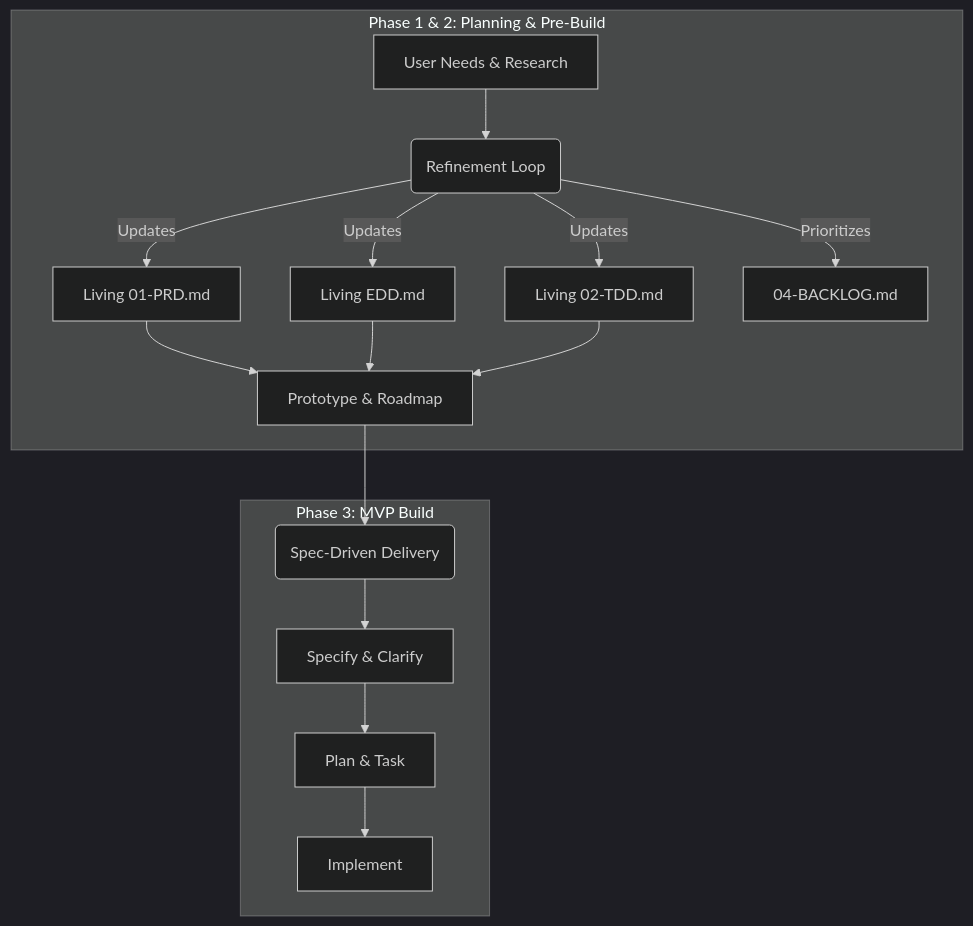
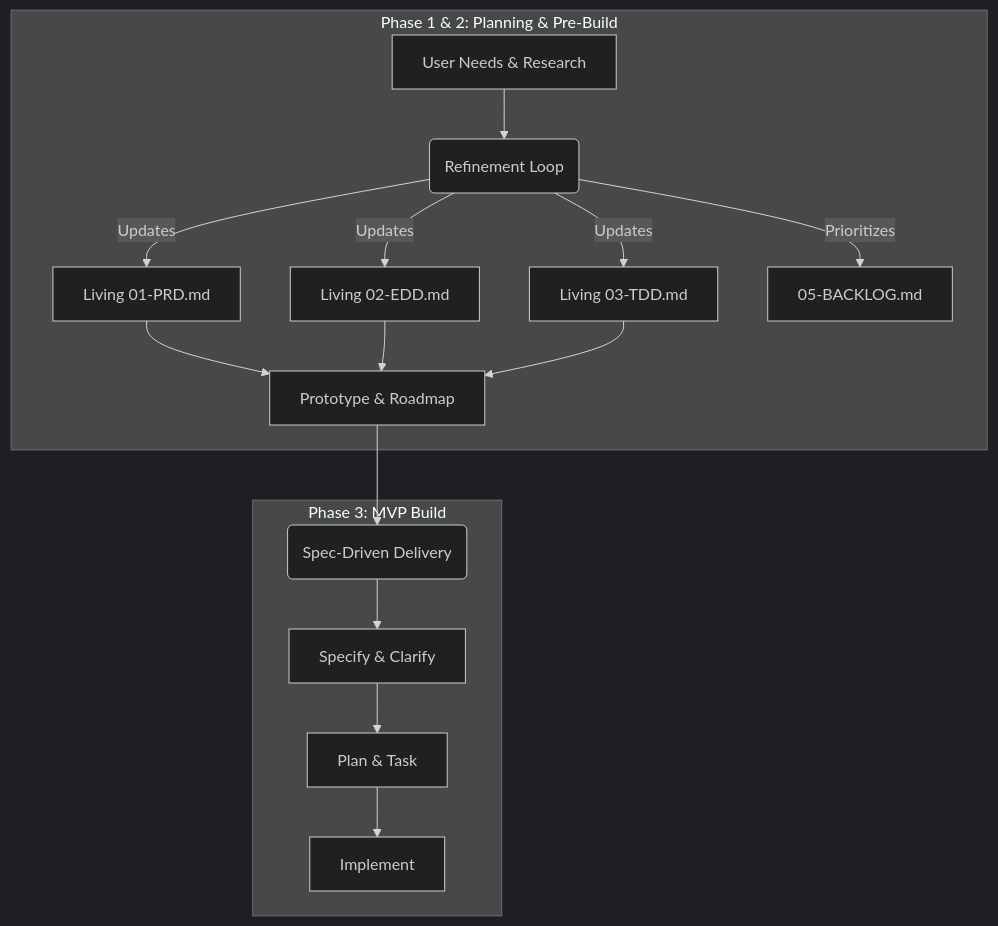
One commit to billdingwall/zero-two-one changed the first of 2 diagrams in .021-updates/workflow-audit.md. Above: the diagram before and after it, drawn with Mermaid (dark theme). The commit also changed other lines of this file and 31 other files, not shown here.

````diff
--- a/.021-updates/workflow-audit.md
+++ b/.021-updates/workflow-audit.md
@@ -57,18 +57,18 @@
 ```mermaid
 graph TD
     subgraph Phase 1 & 2: Planning & Pre-Build
         A[User Needs & Research] --> B(Refinement Loop)
         B -->|Updates| C[Living 01-PRD.md]
-        B -->|Updates| D[Living EDD.md]
-        B -->|Updates| E[Living 02-TDD.md]
-        B -->|Prioritizes| K[04-BACKLOG.md]
+        B -->|Updates| D[Living 02-EDD.md]
+        B -->|Updates| E[Living 03-TDD.md]
+        B -->|Prioritizes| K[05-BACKLOG.md]
         C & D & E --> F[Prototype & Roadmap]
     end
     
     subgraph Phase 3: MVP Build
         F --> G(Spec-Driven Delivery)
         G --> H[Specify & Clarify]
         H --> I[Plan & Task]
         I --> J[Implement]
     end
 ```
````
